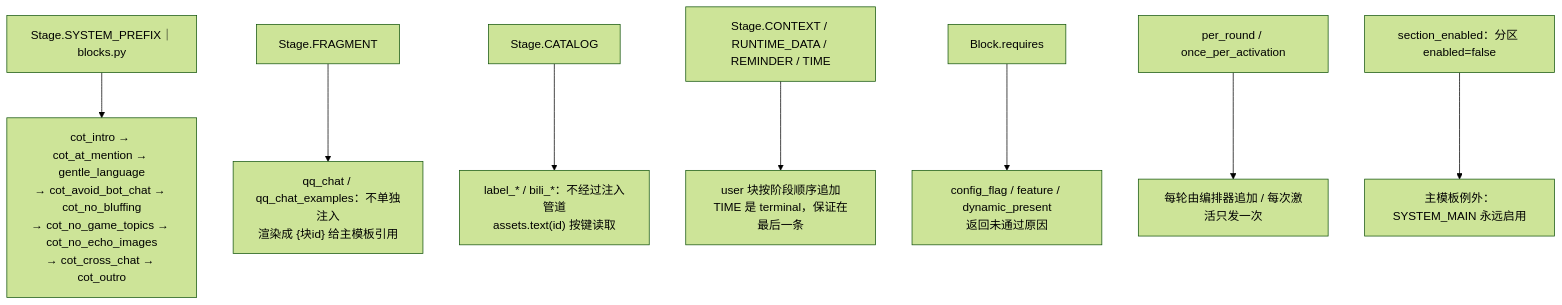
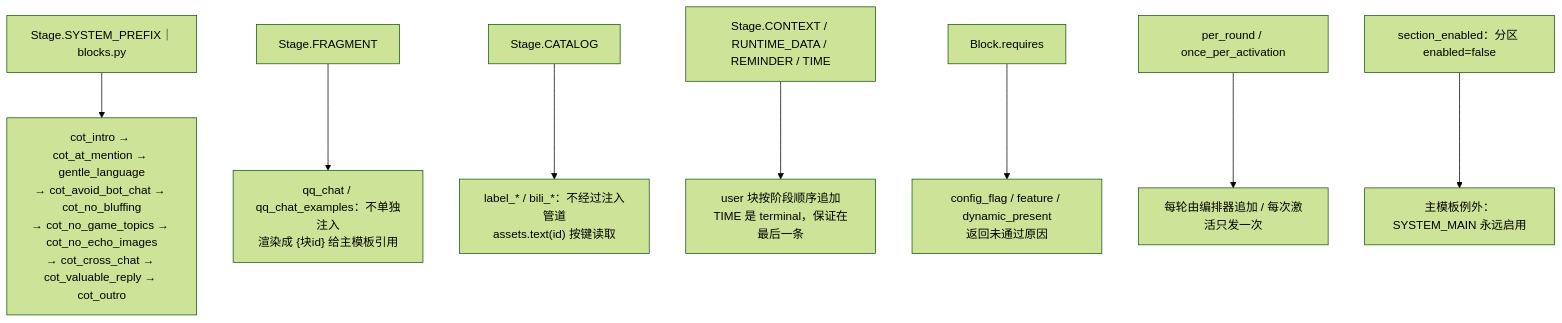
Before and after one commit to SuperQuail/NeoBot: the fifth of 10 diagrams in docs/flow/24-prompt-chatflow.md, drawn with Mermaid (forest theme). The commit also changed other lines of this file and 378 other files, not shown here.

````diff
--- a/docs/flow/24-prompt-chatflow.md
+++ b/docs/flow/24-prompt-chatflow.md
@@ -149,10 +149,10 @@
 ```mermaid
 flowchart TD
-    A["Stage.SYSTEM_PREFIX｜blocks.py"] --> A1["cot_intro → cot_at_mention → gentle_language<br/>→ cot_avoid_bot_chat → cot_no_bluffing<br/>→ cot_no_game_topics → cot_no_echo_images<br/>→ cot_cross_chat → cot_outro"]
+    A["Stage.SYSTEM_PREFIX｜blocks.py"] --> A1["cot_intro → cot_at_mention → gentle_language<br/>→ cot_avoid_bot_chat → cot_no_bluffing<br/>→ cot_no_game_topics → cot_no_echo_images<br/>→ cot_cross_chat → cot_valuable_reply → cot_outro"]
     B["Stage.FRAGMENT"] --> B1["qq_chat / qq_chat_examples：不单独注入<br/>渲染成 {块id} 给主模板引用"]
     C["Stage.CATALOG"] --> C1["label_* / bili_*：不经过注入管道<br/>assets.text(id) 按键读取"]
     D["Stage.CONTEXT / RUNTIME_DATA / REMINDER / TIME"] --> D1["user 块按阶段顺序追加<br/>TIME 是 terminal，保证在最后一条"]
     E["Block.requires"] --> E1["config_flag / feature / dynamic_present<br/>返回未通过原因"]
     F["per_round / once_per_activation"] --> F1["每轮由编排器追加 / 每次激活只发一次"]
     G["section_enabled：分区 enabled=false"] --> G1["主模板例外：SYSTEM_MAIN 永远启用"]
 ```
````
